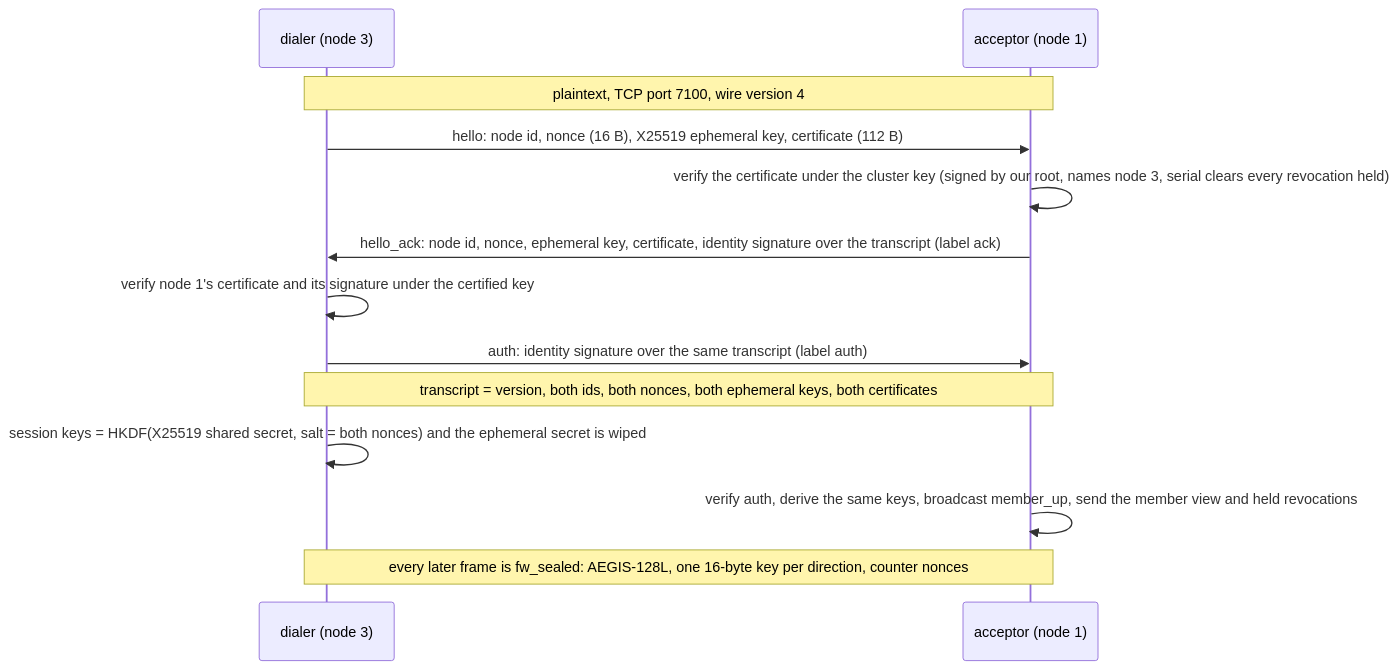
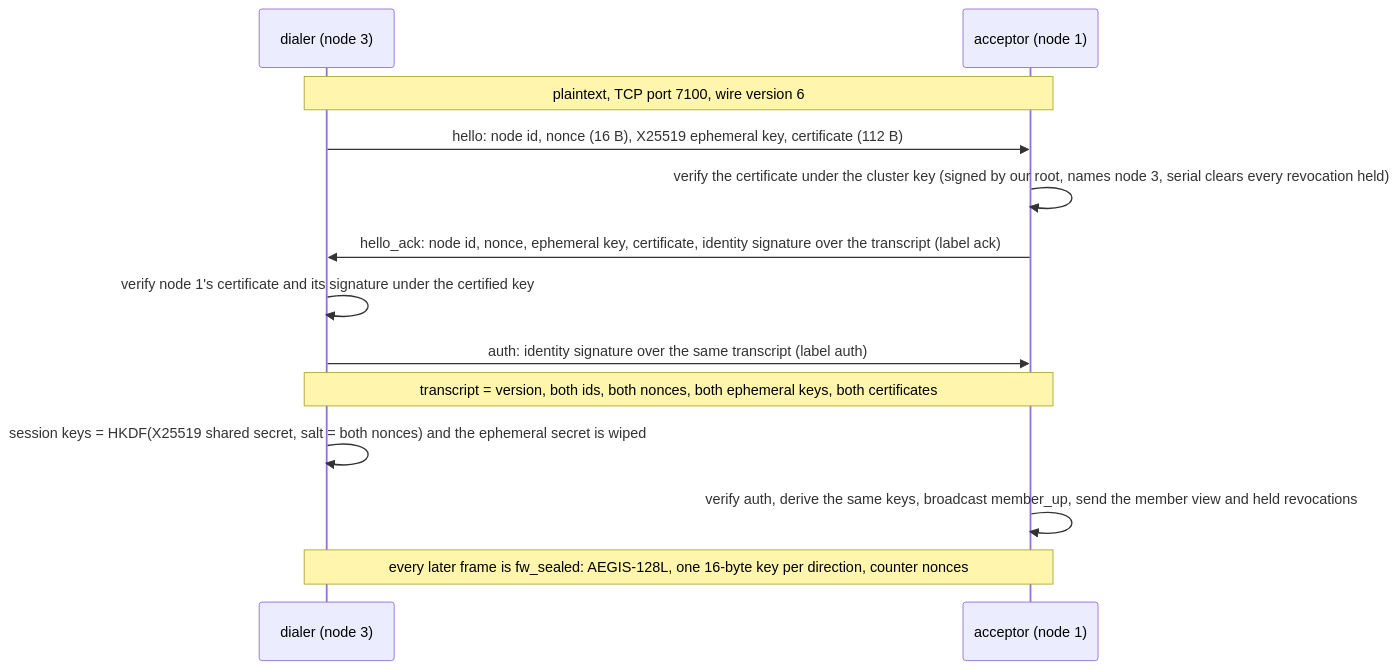
The second of 5 diagrams in docs/fabric.md (mylanconnolly/moss), drawn with Mermaid before and after one commit. The commit also changed other lines of this file and 20 other files, not shown here.

````diff
--- a/docs/fabric.md
+++ b/docs/fabric.md
@@ -61,15 +61,15 @@
 ```mermaid
 sequenceDiagram
   participant D as dialer (node 3)
   participant A as acceptor (node 1)
-  Note over D,A: plaintext, TCP port 7100, wire version 4
+  Note over D,A: plaintext, TCP port 7100, wire version 6
   D->>A: hello: node id, nonce (16 B), X25519 ephemeral key, certificate (112 B)
   A->>A: verify the certificate under the cluster key (signed by our root, names node 3, serial clears every revocation held)
   A->>D: hello_ack: node id, nonce, ephemeral key, certificate, identity signature over the transcript (label ack)
   D->>D: verify node 1's certificate and its signature under the certified key
   D->>A: auth: identity signature over the same transcript (label auth)
   Note over D,A: transcript = version, both ids, both nonces, both ephemeral keys, both certificates
   D->>D: session keys = HKDF(X25519 shared secret, salt = both nonces) and the ephemeral secret is wiped
   A->>A: verify auth, derive the same keys, broadcast member_up, send the member view and held revocations
   Note over D,A: every later frame is fw_sealed: AEGIS-128L, one 16-byte key per direction, counter nonces
 ```
````
